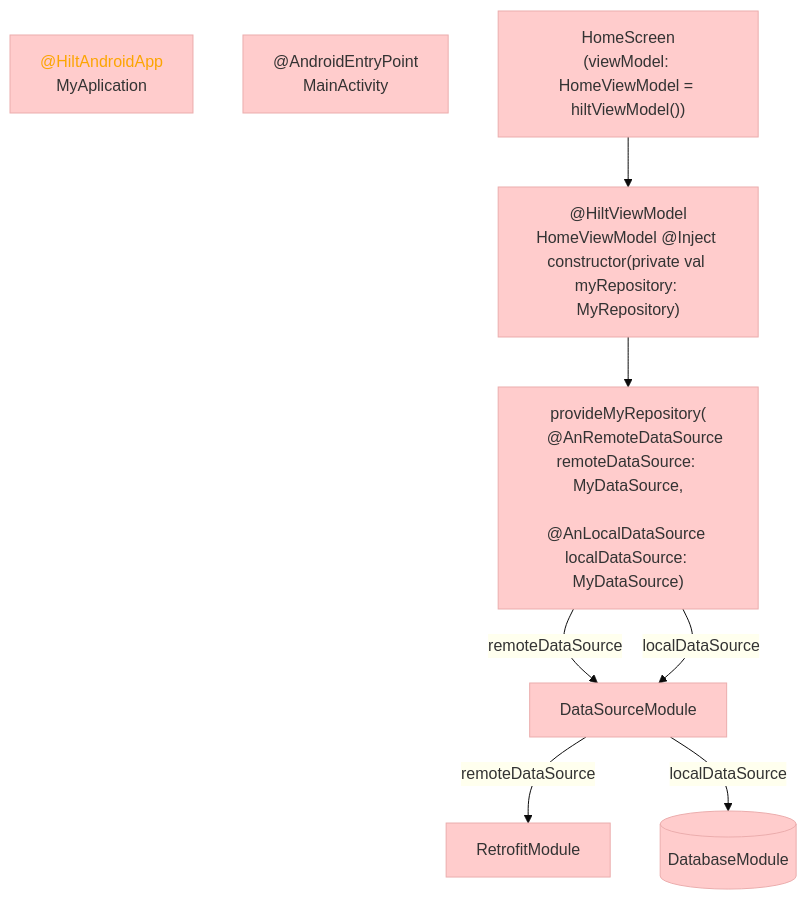
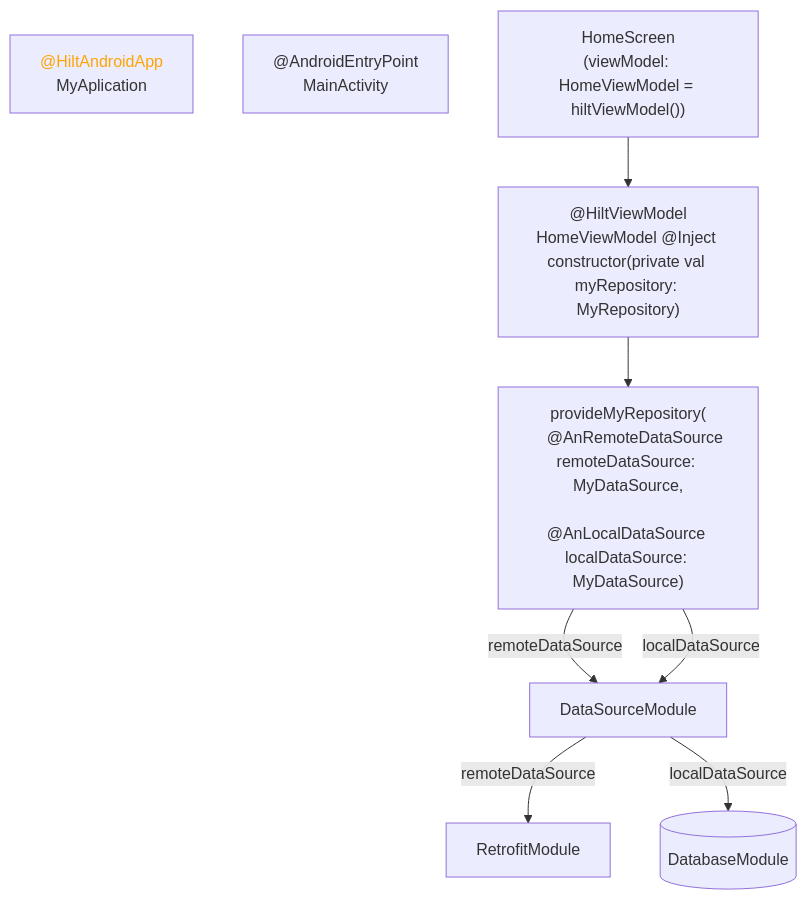
Before and after one commit to Ango1eiro/MySnippets: the diagram in Android/DI/Hilt/HiltComposeExample.md, drawn with Mermaid.

````diff
--- a/Android/DI/Hilt/HiltComposeExample.md
+++ b/Android/DI/Hilt/HiltComposeExample.md
@@ -3,17 +3,16 @@
 ```mermaid
 
 
-%%{init: {'theme': 'base', 'themeVariables': { 'primaryColor': '#ffcccc', 'edgeLabelBackground':'#ffffee', 'tertiaryColor': '#fff0f0'}}}%%
 graph TD;
     MyApplication["<font color='#fca503'>@HiltAndroidApp</font><br>MyAplication"];
     MainActivity["@AndroidEntryPoint<br>MainActivity"];
     HomeScreen["HomeScreen<br>(viewModel: HomeViewModel = hiltViewModel())"]-->HomeViewModel;
     HomeViewModel["@HiltViewModel<br>HomeViewModel @Inject constructor(private val myRepository: MyRepository)"]-->RepositoryModule;
     RepositoryModule["provideMyRepository(
     @AnRemoteDataSource remoteDataSource: MyDataSource,
     <br>@AnLocalDataSource localDataSource: MyDataSource)"]--remoteDataSource-->DataSourceModule;
     RepositoryModule--localDataSource-->DataSourceModule;
     DataSourceModule--remoteDataSource-->RetrofitModule;
     DataSourceModule--localDataSource-->DatabaseModule[(DatabaseModule)];
 
 ```
````
